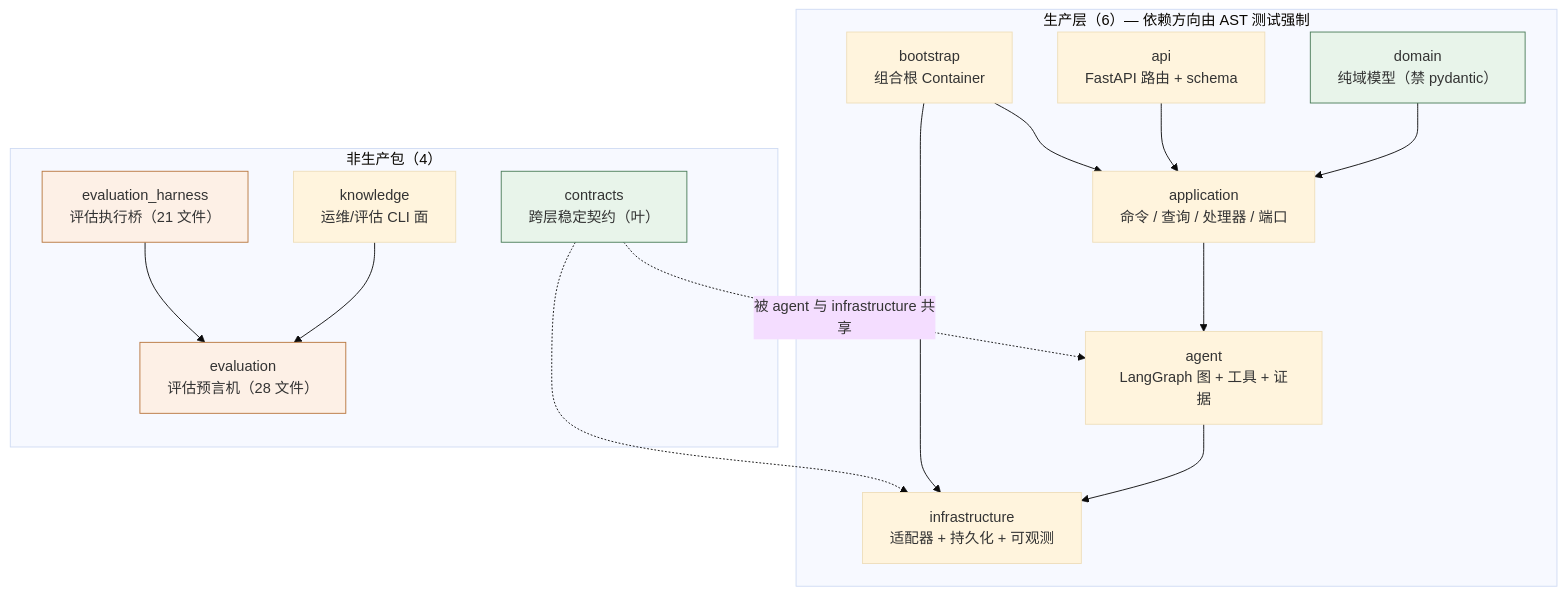
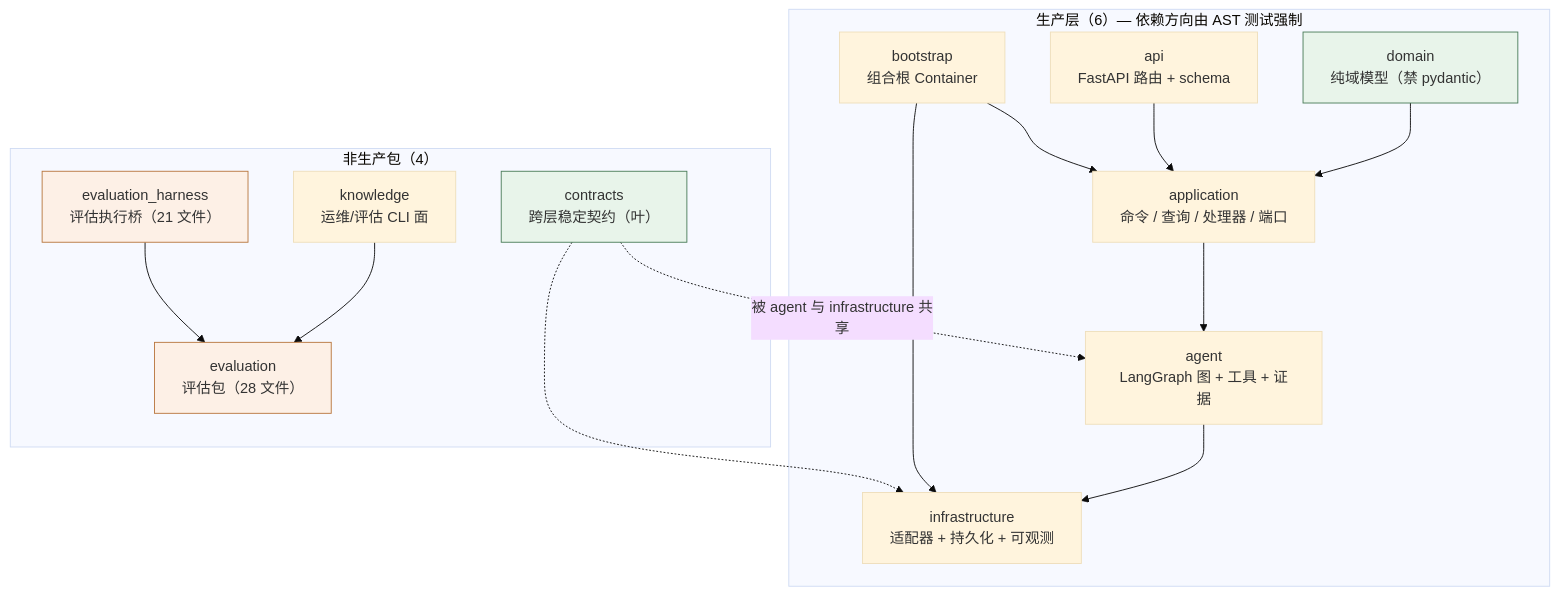
Before and after one commit to xsc683/HISIEM-SOC-Copilot: the first of 5 diagrams in docs/architecture-analysis/00-分层架构与包边界总览.md, drawn with Mermaid. The commit also changed other lines of this file and 20 other files, not shown here.

````diff
--- a/docs/architecture-analysis/00-分层架构与包边界总览.md
+++ b/docs/architecture-analysis/00-分层架构与包边界总览.md
@@ -31,39 +31,39 @@
 ```mermaid
 ---
 config:
   theme: base
   themeVariables:
     fontFamily: YaHei
 ---
 flowchart TB
     subgraph PROD["生产层（6）— 依赖方向由 AST 测试强制"]
         DOM["domain<br/>纯域模型（禁 pydantic）"]
         APP["application<br/>命令 / 查询 / 处理器 / 端口"]
         AGT["agent<br/>LangGraph 图 + 工具 + 证据"]
         API["api<br/>FastAPI 路由 + schema"]
         INF["infrastructure<br/>适配器 + 持久化 + 可观测"]
         BOOT["bootstrap<br/>组合根 Container"]
     end
     subgraph NONPROD["非生产包（4）"]
         CON["contracts<br/>跨层稳定契约（叶）"]
         KNW["knowledge<br/>运维/评估 CLI 面"]
-        EVAL["evaluation<br/>评估预言机（28 文件）"]
+        EVAL["evaluation<br/>评估包（28 文件）"]
         HARN["evaluation_harness<br/>评估执行桥（21 文件）"]
     end
 
     DOM --> APP
     APP --> AGT
     AGT --> INF
     API --> APP
     BOOT --> INF
     BOOT --> APP
     CON -.被 agent 与 infrastructure 共享.-> AGT
     CON -.-> INF
     KNW --> EVAL
     HARN --> EVAL
 
     style DOM fill:#e8f4ea,stroke:#4a7c59
     style CON fill:#e8f4ea,stroke:#4a7c59
     style EVAL fill:#fdf0e6,stroke:#b8763e
     style HARN fill:#fdf0e6,stroke:#b8763e
 ```
````
